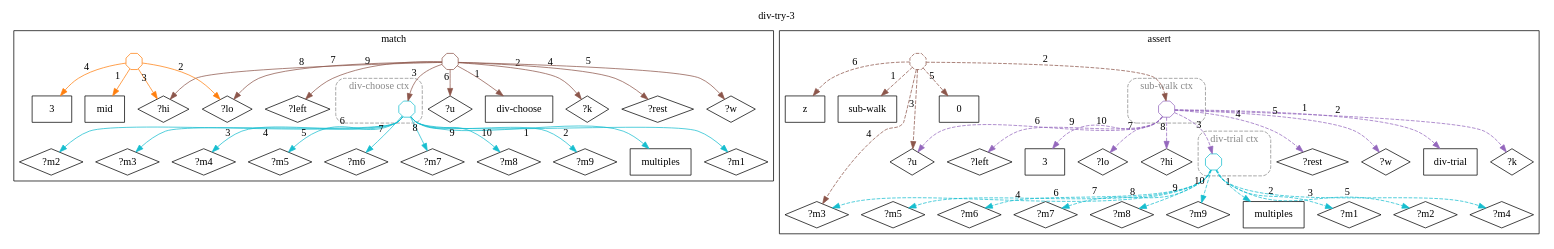
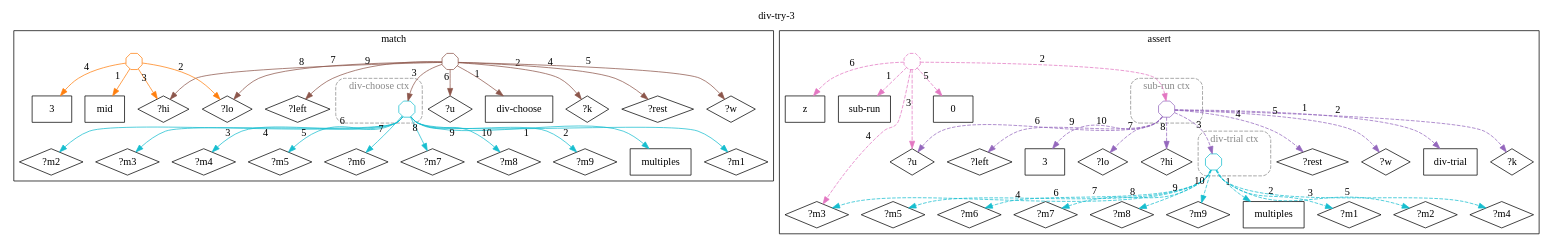
The diagram in docs/ein/user/04-reference/04-stdlib/diagrams/09-std.math.decimal-arith.div-try-3.dot (agutikov/ein), drawn with Graphviz before and after one commit. The commit also changed 347 other files, not shown here.

```diff
--- a/docs/ein/user/04-reference/04-stdlib/diagrams/09-std.math.decimal-arith.div-try-3.dot
+++ b/docs/ein/user/04-reference/04-stdlib/diagrams/09-std.math.decimal-arith.div-try-3.dot
@@ -1,114 +1,114 @@
 digraph rule_div_try_3_lhs_rhs {
   rankdir=TB;
   label="div-try-3"; labelloc=t;
   subgraph cluster_lhs { label="match";
     "div-choose_L" [label="div-choose", shape=box];
     "?k_L" [label="?k", shape=diamond];
     "multiples_L" [label="multiples", shape=box];
     "?m1_L" [label="?m1", shape=diamond];
     "?m2_L" [label="?m2", shape=diamond];
     "?m3_L" [label="?m3", shape=diamond];
     "?m4_L" [label="?m4", shape=diamond];
     "?m5_L" [label="?m5", shape=diamond];
     "?m6_L" [label="?m6", shape=diamond];
     "?m7_L" [label="?m7", shape=diamond];
     "?m8_L" [label="?m8", shape=diamond];
     "?m9_L" [label="?m9", shape=diamond];
     "?rest_L" [label="?rest", shape=diamond];
     "?w_L" [label="?w", shape=diamond];
     "?u_L" [label="?u", shape=diamond];
     "?lo_L" [label="?lo", shape=diamond];
     "?hi_L" [label="?hi", shape=diamond];
     "?left_L" [label="?left", shape=diamond];
     "mid_L" [label="mid", shape=box];
     "3_L" [label="3", shape=box];
     subgraph cluster_ctx_L_0 {
       label="div-choose ctx"; style="dashed,rounded"; color="#888888"; fontcolor="#888888";
       "(multiples ?m1 ?m2 ?m3 ?m4 ?m5 ?m6 ?m7 ?m8 ?m9)_L" [shape=octagon, label="", width=0.3, height=0.3, fixedsize=true, color="#17becf"];
     }
     "h1_div-choose_L" [shape=octagon, label="", width=0.3, height=0.3, fixedsize=true, color="#8c564b"];
     "h1_div-choose_L" -> "div-choose_L" [xlabel="1", color="#8c564b"];
     "h1_div-choose_L" -> "?k_L" [xlabel="2", color="#8c564b"];
     "h1_div-choose_L" -> "(multiples ?m1 ?m2 ?m3 ?m4 ?m5 ?m6 ?m7 ?m8 ?m9)_L" [xlabel="3", color="#8c564b"];
     "h1_div-choose_L" -> "?rest_L" [xlabel="4", color="#8c564b"];
     "h1_div-choose_L" -> "?w_L" [xlabel="5", color="#8c564b"];
     "h1_div-choose_L" -> "?u_L" [xlabel="6", color="#8c564b"];
     "h1_div-choose_L" -> "?lo_L" [xlabel="7", color="#8c564b"];
     "h1_div-choose_L" -> "?hi_L" [xlabel="8", color="#8c564b"];
     "h1_div-choose_L" -> "?left_L" [xlabel="9", color="#8c564b"];
     "h2_mid_L" [shape=octagon, label="", width=0.3, height=0.3, fixedsize=true, color="#ff7f0e"];
     "h2_mid_L" -> "mid_L" [xlabel="1", color="#ff7f0e"];
     "h2_mid_L" -> "?lo_L" [xlabel="2", color="#ff7f0e"];
     "h2_mid_L" -> "?hi_L" [xlabel="3", color="#ff7f0e"];
     "h2_mid_L" -> "3_L" [xlabel="4", color="#ff7f0e"];
     "(multiples ?m1 ?m2 ?m3 ?m4 ?m5 ?m6 ?m7 ?m8 ?m9)_L" -> "multiples_L" [xlabel="1", color="#17becf"];
     "(multiples ?m1 ?m2 ?m3 ?m4 ?m5 ?m6 ?m7 ?m8 ?m9)_L" -> "?m1_L" [xlabel="2", color="#17becf"];
     "(multiples ?m1 ?m2 ?m3 ?m4 ?m5 ?m6 ?m7 ?m8 ?m9)_L" -> "?m2_L" [xlabel="3", color="#17becf"];
     "(multiples ?m1 ?m2 ?m3 ?m4 ?m5 ?m6 ?m7 ?m8 ?m9)_L" -> "?m3_L" [xlabel="4", color="#17becf"];
     "(multiples ?m1 ?m2 ?m3 ?m4 ?m5 ?m6 ?m7 ?m8 ?m9)_L" -> "?m4_L" [xlabel="5", color="#17becf"];
     "(multiples ?m1 ?m2 ?m3 ?m4 ?m5 ?m6 ?m7 ?m8 ?m9)_L" -> "?m5_L" [xlabel="6", color="#17becf"];
     "(multiples ?m1 ?m2 ?m3 ?m4 ?m5 ?m6 ?m7 ?m8 ?m9)_L" -> "?m6_L" [xlabel="7", color="#17becf"];
     "(multiples ?m1 ?m2 ?m3 ?m4 ?m5 ?m6 ?m7 ?m8 ?m9)_L" -> "?m7_L" [xlabel="8", color="#17becf"];
     "(multiples ?m1 ?m2 ?m3 ?m4 ?m5 ?m6 ?m7 ?m8 ?m9)_L" -> "?m8_L" [xlabel="9", color="#17becf"];
     "(multiples ?m1 ?m2 ?m3 ?m4 ?m5 ?m6 ?m7 ?m8 ?m9)_L" -> "?m9_L" [xlabel="10", color="#17becf"];
   }
   subgraph cluster_rhs { label="assert";
-    "sub-walk_R" [label="sub-walk", shape=box];
+    "sub-run_R" [label="sub-run", shape=box];
     "div-trial_R" [label="div-trial", shape=box];
     "?k_R" [label="?k", shape=diamond];
     "multiples_R" [label="multiples", shape=box];
     "?m1_R" [label="?m1", shape=diamond];
     "?m2_R" [label="?m2", shape=diamond];
     "?m3_R" [label="?m3", shape=diamond];
     "?m4_R" [label="?m4", shape=diamond];
     "?m5_R" [label="?m5", shape=diamond];
     "?m6_R" [label="?m6", shape=diamond];
     "?m7_R" [label="?m7", shape=diamond];
     "?m8_R" [label="?m8", shape=diamond];
     "?m9_R" [label="?m9", shape=diamond];
     "?rest_R" [label="?rest", shape=diamond];
     "?w_R" [label="?w", shape=diamond];
     "?u_R" [label="?u", shape=diamond];
     "?lo_R" [label="?lo", shape=diamond];
     "?hi_R" [label="?hi", shape=diamond];
     "?left_R" [label="?left", shape=diamond];
     "3_R" [label="3", shape=box];
     "0_R" [label="0", shape=box];
     "z_R" [label="z", shape=box];
     subgraph cluster_ctx_R_0 {
       label="div-trial ctx"; style="dashed,rounded"; color="#888888"; fontcolor="#888888";
       "(multiples ?m1 ?m2 ?m3 ?m4 ?m5 ?m6 ?m7 ?m8 ?m9)_R" [shape=octagon, label="", width=0.3, height=0.3, fixedsize=true, color="#17becf"];
     }
     subgraph cluster_ctx_R_1 {
-      label="sub-walk ctx"; style="dashed,rounded"; color="#888888"; fontcolor="#888888";
+      label="sub-run ctx"; style="dashed,rounded"; color="#888888"; fontcolor="#888888";
       "(div-trial ?k (multiples ?m1 ?m2 ?m3 ?m4 ?m5 ?m6 ?m7 ?m8 ?m9) ?rest ?w ?u ?lo ?hi ?left 3)_R" [shape=octagon, label="", width=0.3, height=0.3, fixedsize=true, color="#9467bd"];
     }
-    "h3_sub-walk_R" [shape=octagon, label="", width=0.3, height=0.3, fixedsize=true, color="#8c564b", style=dashed];
-    "h3_sub-walk_R" -> "sub-walk_R" [xlabel="1", color="#8c564b", style=dashed];
-    "h3_sub-walk_R" -> "(div-trial ?k (multiples ?m1 ?m2 ?m3 ?m4 ?m5 ?m6 ?m7 ?m8 ?m9) ?rest ?w ?u ?lo ?hi ?left 3)_R" [xlabel="2", color="#8c564b", style=dashed];
-    "h3_sub-walk_R" -> "?u_R" [xlabel="3", color="#8c564b", style=dashed];
-    "h3_sub-walk_R" -> "?m3_R" [xlabel="4", color="#8c564b", style=dashed];
-    "h3_sub-walk_R" -> "0_R" [xlabel="5", color="#8c564b", style=dashed];
-    "h3_sub-walk_R" -> "z_R" [xlabel="6", color="#8c564b", style=dashed];
+    "h3_sub-run_R" [shape=octagon, label="", width=0.3, height=0.3, fixedsize=true, color="#e377c2", style=dashed];
+    "h3_sub-run_R" -> "sub-run_R" [xlabel="1", color="#e377c2", style=dashed];
+    "h3_sub-run_R" -> "(div-trial ?k (multiples ?m1 ?m2 ?m3 ?m4 ?m5 ?m6 ?m7 ?m8 ?m9) ?rest ?w ?u ?lo ?hi ?left 3)_R" [xlabel="2", color="#e377c2", style=dashed];
+    "h3_sub-run_R" -> "?u_R" [xlabel="3", color="#e377c2", style=dashed];
+    "h3_sub-run_R" -> "?m3_R" [xlabel="4", color="#e377c2", style=dashed];
+    "h3_sub-run_R" -> "0_R" [xlabel="5", color="#e377c2", style=dashed];
+    "h3_sub-run_R" -> "z_R" [xlabel="6", color="#e377c2", style=dashed];
     "(div-trial ?k (multiples ?m1 ?m2 ?m3 ?m4 ?m5 ?m6 ?m7 ?m8 ?m9) ?rest ?w ?u ?lo ?hi ?left 3)_R" -> "div-trial_R" [xlabel="1", color="#9467bd", style=dashed];
     "(div-trial ?k (multiples ?m1 ?m2 ?m3 ?m4 ?m5 ?m6 ?m7 ?m8 ?m9) ?rest ?w ?u ?lo ?hi ?left 3)_R" -> "?k_R" [xlabel="2", color="#9467bd", style=dashed];
     "(div-trial ?k (multiples ?m1 ?m2 ?m3 ?m4 ?m5 ?m6 ?m7 ?m8 ?m9) ?rest ?w ?u ?lo ?hi ?left 3)_R" -> "(multiples ?m1 ?m2 ?m3 ?m4 ?m5 ?m6 ?m7 ?m8 ?m9)_R" [xlabel="3", color="#9467bd", style=dashed];
     "(div-trial ?k (multiples ?m1 ?m2 ?m3 ?m4 ?m5 ?m6 ?m7 ?m8 ?m9) ?rest ?w ?u ?lo ?hi ?left 3)_R" -> "?rest_R" [xlabel="4", color="#9467bd", style=dashed];
     "(div-trial ?k (multiples ?m1 ?m2 ?m3 ?m4 ?m5 ?m6 ?m7 ?m8 ?m9) ?rest ?w ?u ?lo ?hi ?left 3)_R" -> "?w_R" [xlabel="5", color="#9467bd", style=dashed];
     "(div-trial ?k (multiples ?m1 ?m2 ?m3 ?m4 ?m5 ?m6 ?m7 ?m8 ?m9) ?rest ?w ?u ?lo ?hi ?left 3)_R" -> "?u_R" [xlabel="6", color="#9467bd", style=dashed];
     "(div-trial ?k (multiples ?m1 ?m2 ?m3 ?m4 ?m5 ?m6 ?m7 ?m8 ?m9) ?rest ?w ?u ?lo ?hi ?left 3)_R" -> "?lo_R" [xlabel="7", color="#9467bd", style=dashed];
     "(div-trial ?k (multiples ?m1 ?m2 ?m3 ?m4 ?m5 ?m6 ?m7 ?m8 ?m9) ?rest ?w ?u ?lo ?hi ?left 3)_R" -> "?hi_R" [xlabel="8", color="#9467bd", style=dashed];
     "(div-trial ?k (multiples ?m1 ?m2 ?m3 ?m4 ?m5 ?m6 ?m7 ?m8 ?m9) ?rest ?w ?u ?lo ?hi ?left 3)_R" -> "?left_R" [xlabel="9", color="#9467bd", style=dashed];
     "(div-trial ?k (multiples ?m1 ?m2 ?m3 ?m4 ?m5 ?m6 ?m7 ?m8 ?m9) ?rest ?w ?u ?lo ?hi ?left 3)_R" -> "3_R" [xlabel="10", color="#9467bd", style=dashed];
     "(multiples ?m1 ?m2 ?m3 ?m4 ?m5 ?m6 ?m7 ?m8 ?m9)_R" -> "multiples_R" [xlabel="1", color="#17becf", style=dashed];
     "(multiples ?m1 ?m2 ?m3 ?m4 ?m5 ?m6 ?m7 ?m8 ?m9)_R" -> "?m1_R" [xlabel="2", color="#17becf", style=dashed];
     "(multiples ?m1 ?m2 ?m3 ?m4 ?m5 ?m6 ?m7 ?m8 ?m9)_R" -> "?m2_R" [xlabel="3", color="#17becf", style=dashed];
     "(multiples ?m1 ?m2 ?m3 ?m4 ?m5 ?m6 ?m7 ?m8 ?m9)_R" -> "?m3_R" [xlabel="4", color="#17becf", style=dashed];
     "(multiples ?m1 ?m2 ?m3 ?m4 ?m5 ?m6 ?m7 ?m8 ?m9)_R" -> "?m4_R" [xlabel="5", color="#17becf", style=dashed];
     "(multiples ?m1 ?m2 ?m3 ?m4 ?m5 ?m6 ?m7 ?m8 ?m9)_R" -> "?m5_R" [xlabel="6", color="#17becf", style=dashed];
     "(multiples ?m1 ?m2 ?m3 ?m4 ?m5 ?m6 ?m7 ?m8 ?m9)_R" -> "?m6_R" [xlabel="7", color="#17becf", style=dashed];
     "(multiples ?m1 ?m2 ?m3 ?m4 ?m5 ?m6 ?m7 ?m8 ?m9)_R" -> "?m7_R" [xlabel="8", color="#17becf", style=dashed];
     "(multiples ?m1 ?m2 ?m3 ?m4 ?m5 ?m6 ?m7 ?m8 ?m9)_R" -> "?m8_R" [xlabel="9", color="#17becf", style=dashed];
     "(multiples ?m1 ?m2 ?m3 ?m4 ?m5 ?m6 ?m7 ?m8 ?m9)_R" -> "?m9_R" [xlabel="10", color="#17becf", style=dashed];
   }
 }
```
